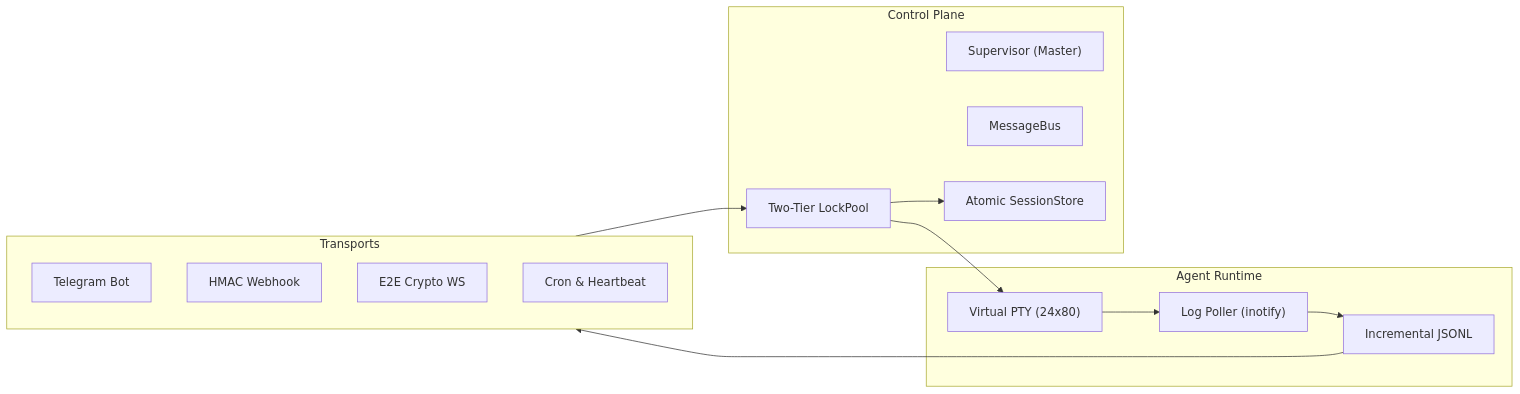
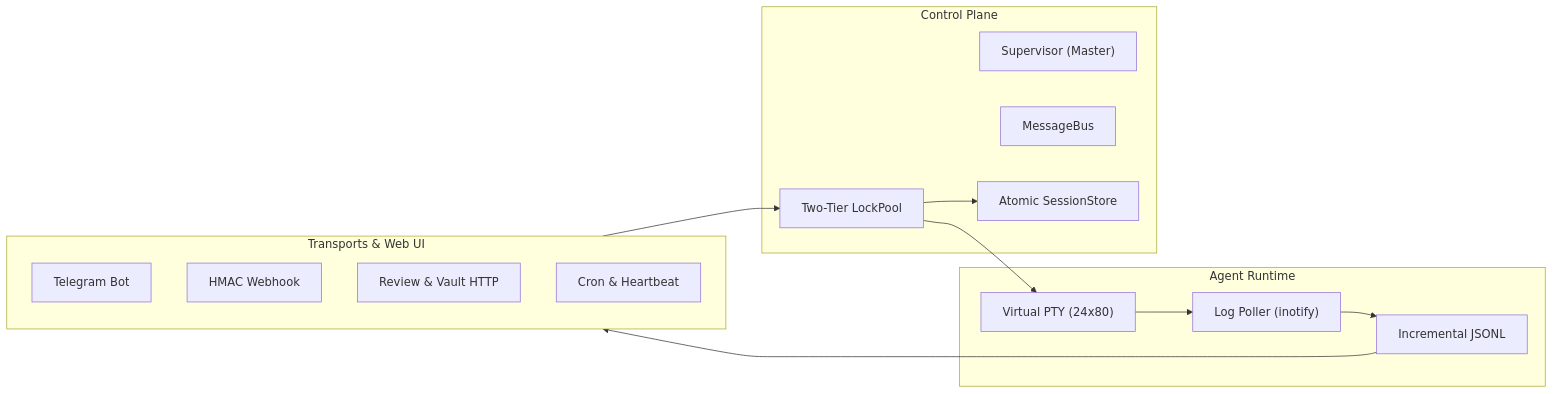
Before and after one commit to imwoo90/tuner: the diagram in README.md, drawn with Mermaid. The commit also changed other lines of this file and 2 other files, not shown here.

Commit message:
docs: synchronize README.md, ARCHITECTURE.md, and AGENTS.md with v0.1.53 codebase

````diff
--- a/README.md
+++ b/README.md
@@ -162,29 +171,29 @@
 ```mermaid
 graph LR
-    subgraph Ingress["Transports"]
+    subgraph Ingress["Transports & Web UI"]
         TG["Telegram Bot"]
         WH["HMAC Webhook"]
-        WS["E2E Crypto WS"]
+        RV["Review & Vault HTTP"]
         Cron["Cron & Heartbeat"]
     end
 
     subgraph Core["Control Plane"]
         Super["Supervisor (Master)"]
         Bus["MessageBus"]
         Lock["Two-Tier LockPool"]
         Store["Atomic SessionStore"]
     end
 
     subgraph Runtime["Agent Runtime"]
         PTY["Virtual PTY (24x80)"]
         Poller["Log Poller (inotify)"]
         Parser["Incremental JSONL"]
     end
 
     Ingress --> Lock
     Lock --> Store
     Lock --> PTY
     PTY --> Poller
     Poller --> Parser
     Parser --> Ingress
 ```
````
